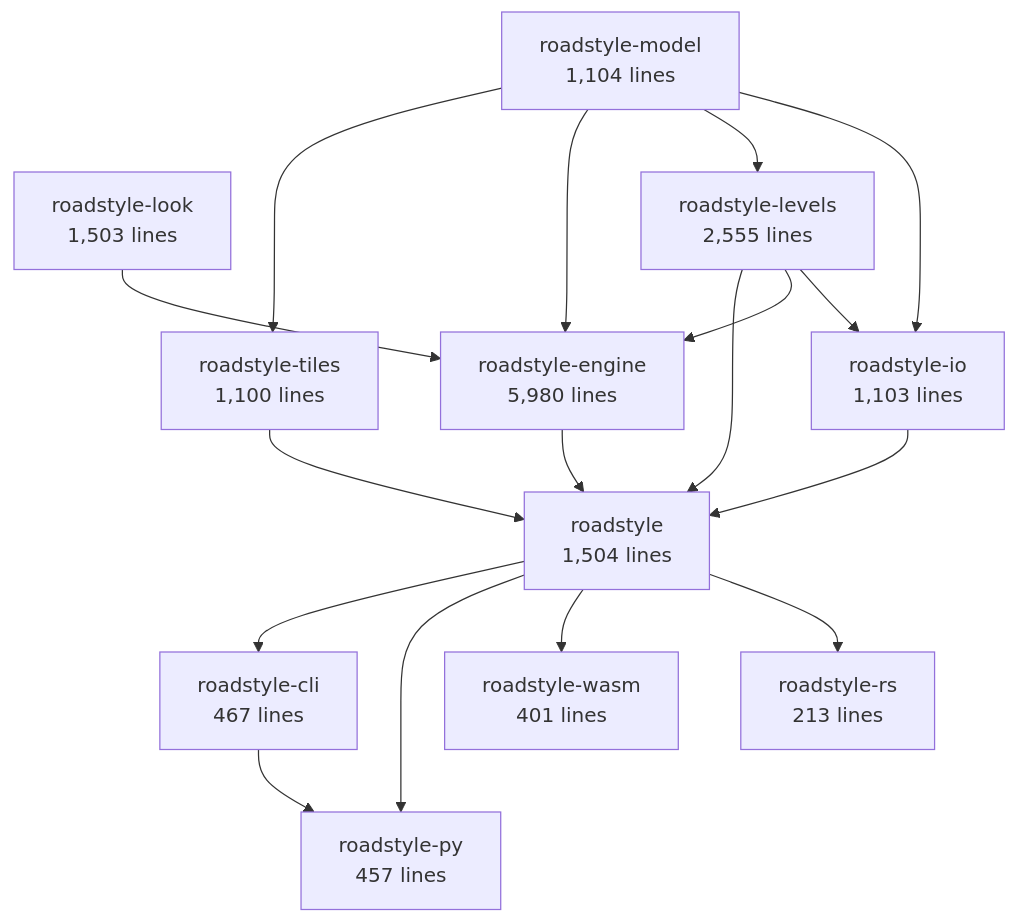
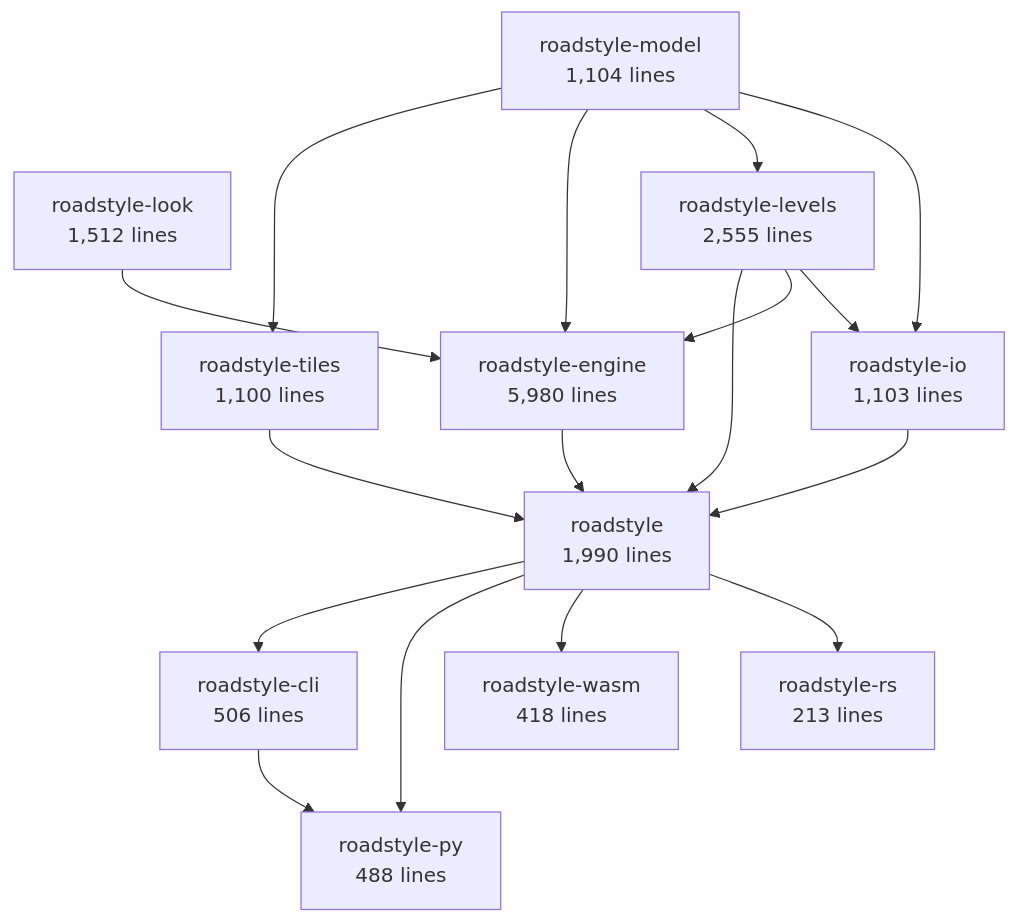
One commit to Khoshkhah/roadstyle changed the second of 6 diagrams in docs/rust/architecture.md. Above: the diagram before and after it, drawn with Mermaid. The commit also changed other lines of this file and 20 other files, not shown here.

````diff
--- a/docs/rust/architecture.md
+++ b/docs/rust/architecture.md
@@ -69,30 +69,30 @@
 ```mermaid
 flowchart TB
     roadstyle_model["roadstyle-model<br/>1,104 lines"]
-    roadstyle_look["roadstyle-look<br/>1,503 lines"]
+    roadstyle_look["roadstyle-look<br/>1,512 lines"]
     roadstyle_io["roadstyle-io<br/>1,103 lines"]
     roadstyle_levels["roadstyle-levels<br/>2,555 lines"]
     roadstyle_engine["roadstyle-engine<br/>5,980 lines"]
     roadstyle_tiles["roadstyle-tiles<br/>1,100 lines"]
-    roadstyle["roadstyle<br/>1,504 lines"]
+    roadstyle["roadstyle<br/>1,990 lines"]
     roadstyle_rs["roadstyle-rs<br/>213 lines"]
-    roadstyle_wasm["roadstyle-wasm<br/>401 lines"]
-    roadstyle_py["roadstyle-py<br/>457 lines"]
-    roadstyle_cli["roadstyle-cli<br/>467 lines"]
+    roadstyle_wasm["roadstyle-wasm<br/>418 lines"]
+    roadstyle_py["roadstyle-py<br/>488 lines"]
+    roadstyle_cli["roadstyle-cli<br/>506 lines"]
     roadstyle_levels --> roadstyle_io
     roadstyle_model --> roadstyle_io
     roadstyle_model --> roadstyle_levels
     roadstyle_levels --> roadstyle_engine
     roadstyle_look --> roadstyle_engine
     roadstyle_model --> roadstyle_engine
     roadstyle_model --> roadstyle_tiles
     roadstyle_engine --> roadstyle
     roadstyle_io --> roadstyle
     roadstyle_levels --> roadstyle
     roadstyle_tiles --> roadstyle
     roadstyle --> roadstyle_rs
     roadstyle --> roadstyle_wasm
     roadstyle --> roadstyle_py
     roadstyle_cli --> roadstyle_py
     roadstyle --> roadstyle_cli
 ```
````
